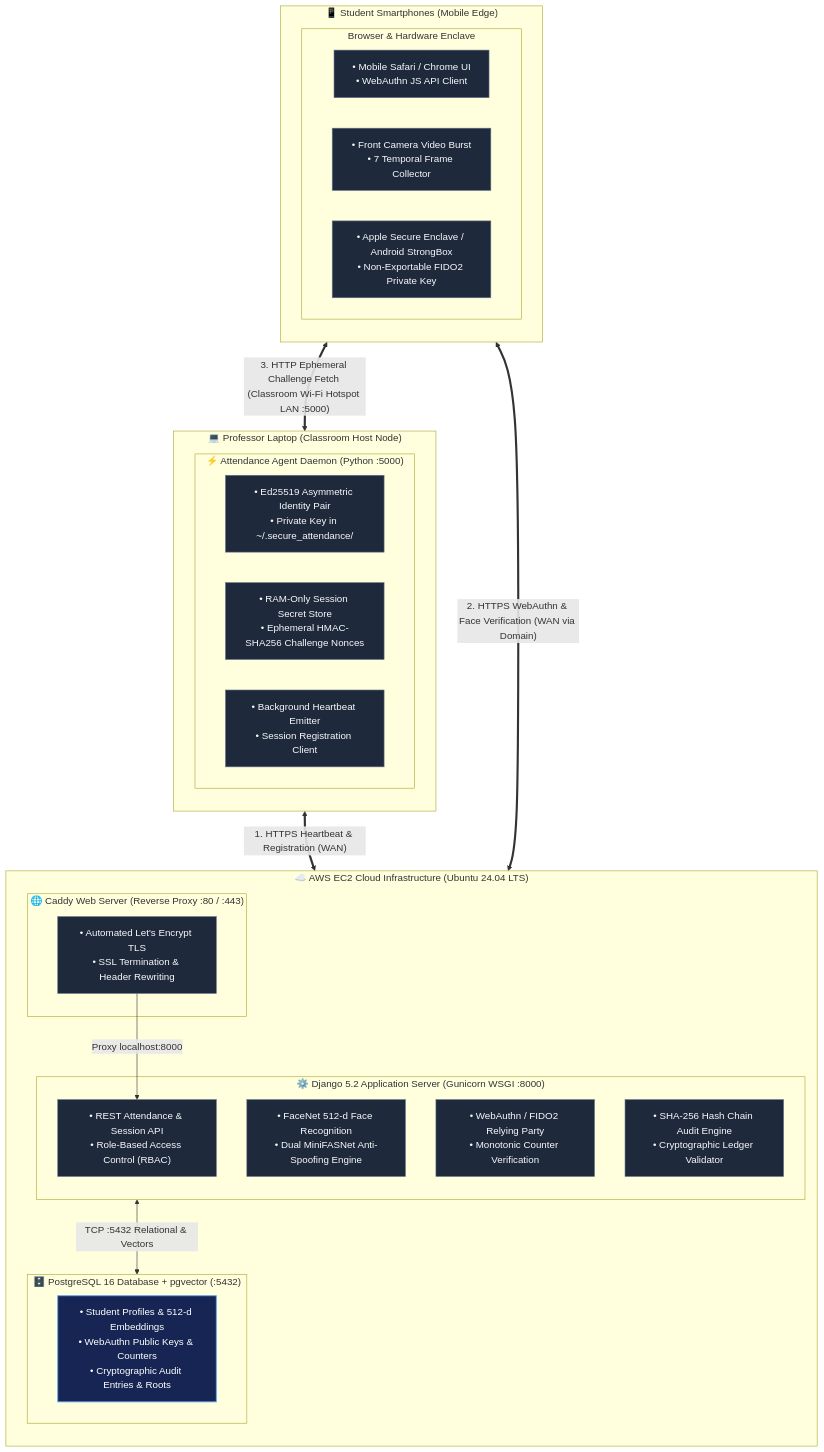
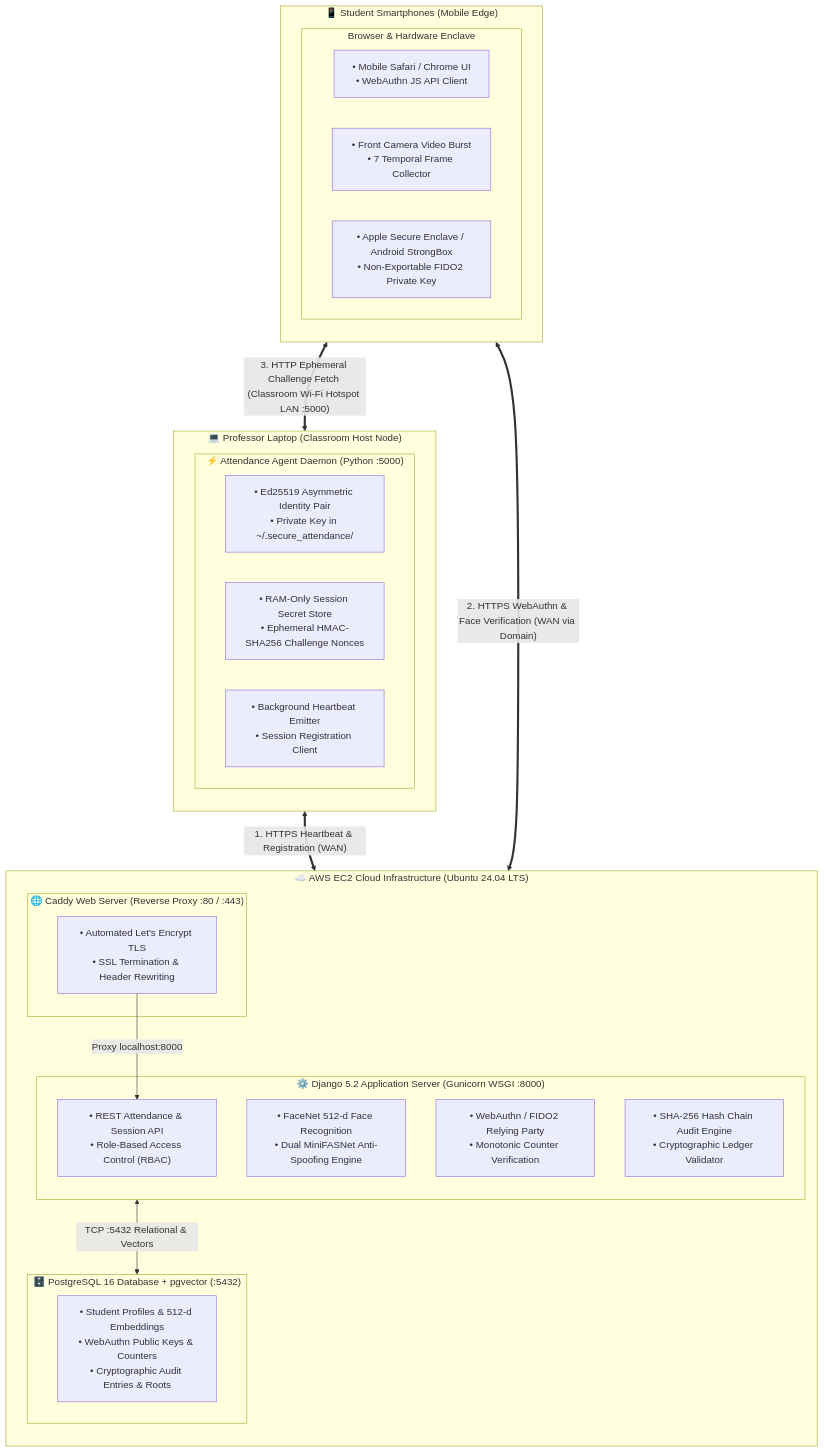
The second of 6 diagrams in README.md (Aarav-Shah-175/Secure_Attendance_System), drawn with Mermaid before and after one commit. The commit also changed other lines of this file, not shown here.

Commit message:
fix(docs): resolve GitHub Mermaid diagram parse error in README

````diff
--- a/README.md
+++ b/README.md
@@ -122,55 +124,49 @@
 ```mermaid
 flowchart TB
-    classDef cloudBox fill:#0b1329,stroke:#38bdf8,stroke-width:2px,color:#ffffff;
-    classDef agentBox fill:#0d1f2d,stroke:#34d399,stroke-width:2px,color:#ffffff;
-    classDef phoneBox fill:#1e1b4b,stroke:#a78bfa,stroke-width:2px,color:#ffffff;
-    classDef component fill:#1e293b,stroke:#64748b,stroke-width:1px,color:#f8fafc;
-    classDef db fill:#172554,stroke:#60a5fa,stroke-width:1.5px,color:#ffffff;
-
     subgraph CLOUD ["☁️ AWS EC2 Cloud Infrastructure (Ubuntu 24.04 LTS)"]
         direction TB
         
         subgraph CADDY ["🌐 Caddy Web Server (Reverse Proxy :80 / :443)"]
-            CAD_SSL["• Automated Let's Encrypt TLS<br/>• SSL Termination & Header Rewriting"]:::component
+            CAD_SSL["• Automated Let's Encrypt TLS<br/>• SSL Termination & Header Rewriting"]
         end
 
         subgraph DJANGO ["⚙️ Django 5.2 Application Server (Gunicorn WSGI :8000)"]
-            DJ_CORE["• REST Attendance & Session API<br/>• Role-Based Access Control (RBAC)"]:::component
-            DJ_AI["• FaceNet 512-d Face Recognition<br/>• Dual MiniFASNet Anti-Spoofing Engine"]:::component
-            DJ_WA["• WebAuthn / FIDO2 Relying Party<br/>• Monotonic Counter Verification"]:::component
-            DJ_LEDGER["• SHA-256 Hash Chain Audit Engine<br/>• Cryptographic Ledger Validator"]:::component
+            DJ_CORE["• REST Attendance & Session API<br/>• Role-Based Access Control (RBAC)"]
+            DJ_AI["• FaceNet 512-d Face Recognition<br/>• Dual MiniFASNet Anti-Spoofing Engine"]
+            DJ_WA["• WebAuthn / FIDO2 Relying Party<br/>• Monotonic Counter Verification"]
+            DJ_LEDGER["• SHA-256 Hash Chain Audit Engine<br/>• Cryptographic Ledger Validator"]
         end
 
         subgraph DATABASE ["🗄️ PostgreSQL 16 Database + pgvector (:5432)"]
-            DB_DATA["• Student Profiles & 512-d Embeddings<br/>• WebAuthn Public Keys & Counters<br/>• Cryptographic Audit Entries & Roots"]:::db
+            DB_DATA["• Student Profiles & 512-d Embeddings<br/>• WebAuthn Public Keys & Counters<br/>• Cryptographic Audit Entries & Roots"]
         end
 
         CAD_SSL -->|Proxy localhost:8000| DJ_CORE
         DJANGO <-->|TCP :5432 Relational & Vectors| DATABASE
     end
 
     subgraph HOST ["💻 Professor Laptop (Classroom Host Node)"]
         direction TB
         
         subgraph AGENT ["⚡ Attendance Agent Daemon (Python :5000)"]
-            AG_KEY["• Ed25519 Asymmetric Identity Pair<br/>• Private Key in ~/.secure_attendance/"]:::component
-            AG_CHAL["• RAM-Only Session Secret Store<br/>• Ephemeral HMAC-SHA256 Challenge Nonces"]:::component
-            AG_HB["• Background Heartbeat Emitter<br/>• Session Registration Client"]:::component
+            AG_KEY["• Ed25519 Asymmetric Identity Pair<br/>• Private Key in ~/.secure_attendance/"]
+            AG_CHAL["• RAM-Only Session Secret Store<br/>• Ephemeral HMAC-SHA256 Challenge Nonces"]
+            AG_HB["• Background Heartbeat Emitter<br/>• Session Registration Client"]
         end
     end
 
     subgraph CLIENTS ["📱 Student Smartphones (Mobile Edge)"]
         direction TB
         
         subgraph PHONE ["Browser & Hardware Enclave"]
-            CL_BROWSER["• Mobile Safari / Chrome UI<br/>• WebAuthn JS API Client"]:::component
-            CL_CAM["• Front Camera Video Burst<br/>• 7 Temporal Frame Collector"]:::component
-            CL_ENCLAVE["• Apple Secure Enclave / Android StrongBox<br/>• Non-Exportable FIDO2 Private Key"]:::component
+            CL_BROWSER["• Mobile Safari / Chrome UI<br/>• WebAuthn JS API Client"]
+            CL_CAM["• Front Camera Video Burst<br/>• 7 Temporal Frame Collector"]
+            CL_ENCLAVE["• Apple Secure Enclave / Android StrongBox<br/>• Non-Exportable FIDO2 Private Key"]
         end
     end
 
     %% Network Connections
     HOST <==>|"1. HTTPS Heartbeat & Registration (WAN)"| CLOUD
     PHONE <==>|"2. HTTPS WebAuthn & Face Verification (WAN via Domain)"| CLOUD
     PHONE <==>|"3. HTTP Ephemeral Challenge Fetch (Classroom Wi-Fi Hotspot LAN :5000)"| HOST
 ```
````
